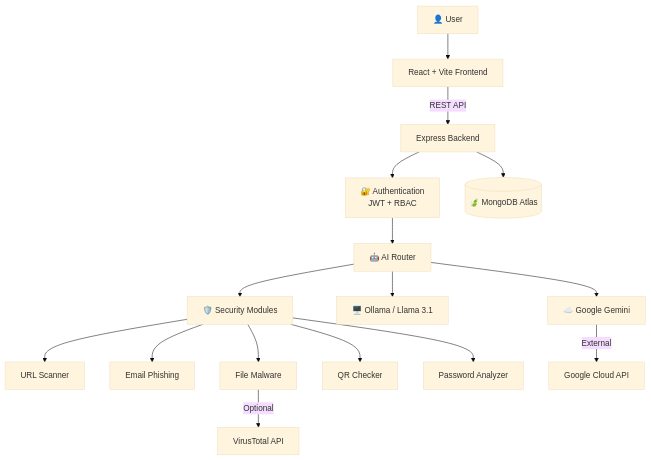
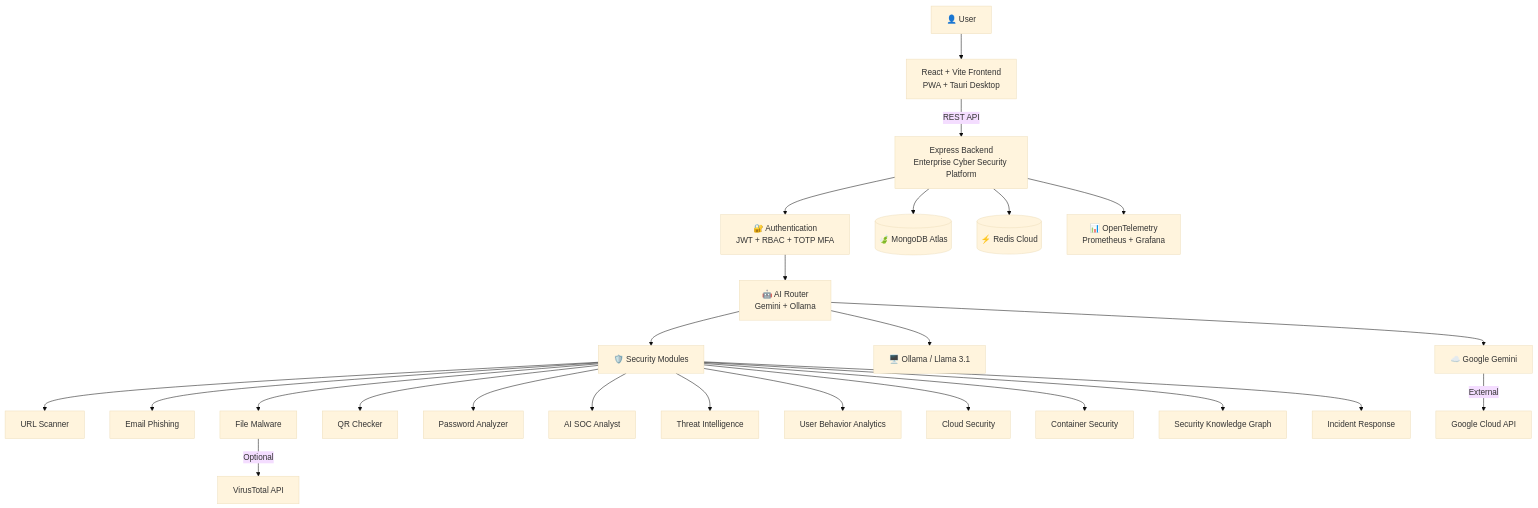
Before and after one commit to Mugilan-2005-crazy/AI-CyberSecurity-Assistant: the second of 2 diagrams in README.md, drawn with Mermaid (base theme). The commit also changed other lines of this file and 30 other files, not shown here.

````diff
--- a/README.md
+++ b/README.md
@@ -205,18 +277,27 @@
 ```mermaid
 flowchart TD
-    User[👤 User] --> Frontend[React + Vite Frontend]
-    Frontend -->|REST API| Backend[Express Backend]
-    Backend --> Auth[🔐 Authentication<br/>JWT + RBAC]
-    Auth --> AIRouter[🤖 AI Router]
+    User[👤 User] --> Frontend[React + Vite Frontend<br/>PWA + Tauri Desktop]
+    Frontend -->|REST API| Backend[Express Backend<br/>Enterprise Cyber Security Platform]
+    Backend --> Auth[🔐 Authentication<br/>JWT + RBAC + TOTP MFA]
+    Auth --> AIRouter[🤖 AI Router<br/>Gemini + Ollama]
     AIRouter --> Gemini[☁️ Google Gemini]
     AIRouter --> Ollama[🖥️ Ollama / Llama 3.1]
     AIRouter --> SecurityModules[🛡️ Security Modules]
     SecurityModules --> URLScanner[URL Scanner]
     SecurityModules --> EmailScanner[Email Phishing]
     SecurityModules --> FileScanner[File Malware]
     SecurityModules --> QRScanner[QR Checker]
     SecurityModules --> PasswordAnalyzer[Password Analyzer]
+    SecurityModules --> SOCAnalyst[AI SOC Analyst]
+    SecurityModules --> ThreatIntel[Threat Intelligence]
+    SecurityModules --> UEBA[User Behavior Analytics]
+    SecurityModules --> CloudSec[Cloud Security]
+    SecurityModules --> ContainerSec[Container Security]
+    SecurityModules --> KnowledgeGraph[Security Knowledge Graph]
+    SecurityModules --> IncidentResponse[Incident Response]
     Backend --> MongoDB[(🍃 MongoDB Atlas)]
+    Backend --> Redis[(⚡ Redis Cloud)]
+    Backend --> OTEL[📊 OpenTelemetry<br/>Prometheus + Grafana]
     Gemini -->|External| GoogleCloud[Google Cloud API]
     FileScanner -->|Optional| VirusTotal[VirusTotal API]
 ```
````
